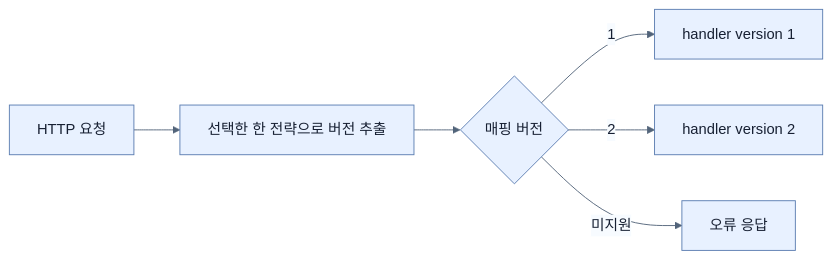
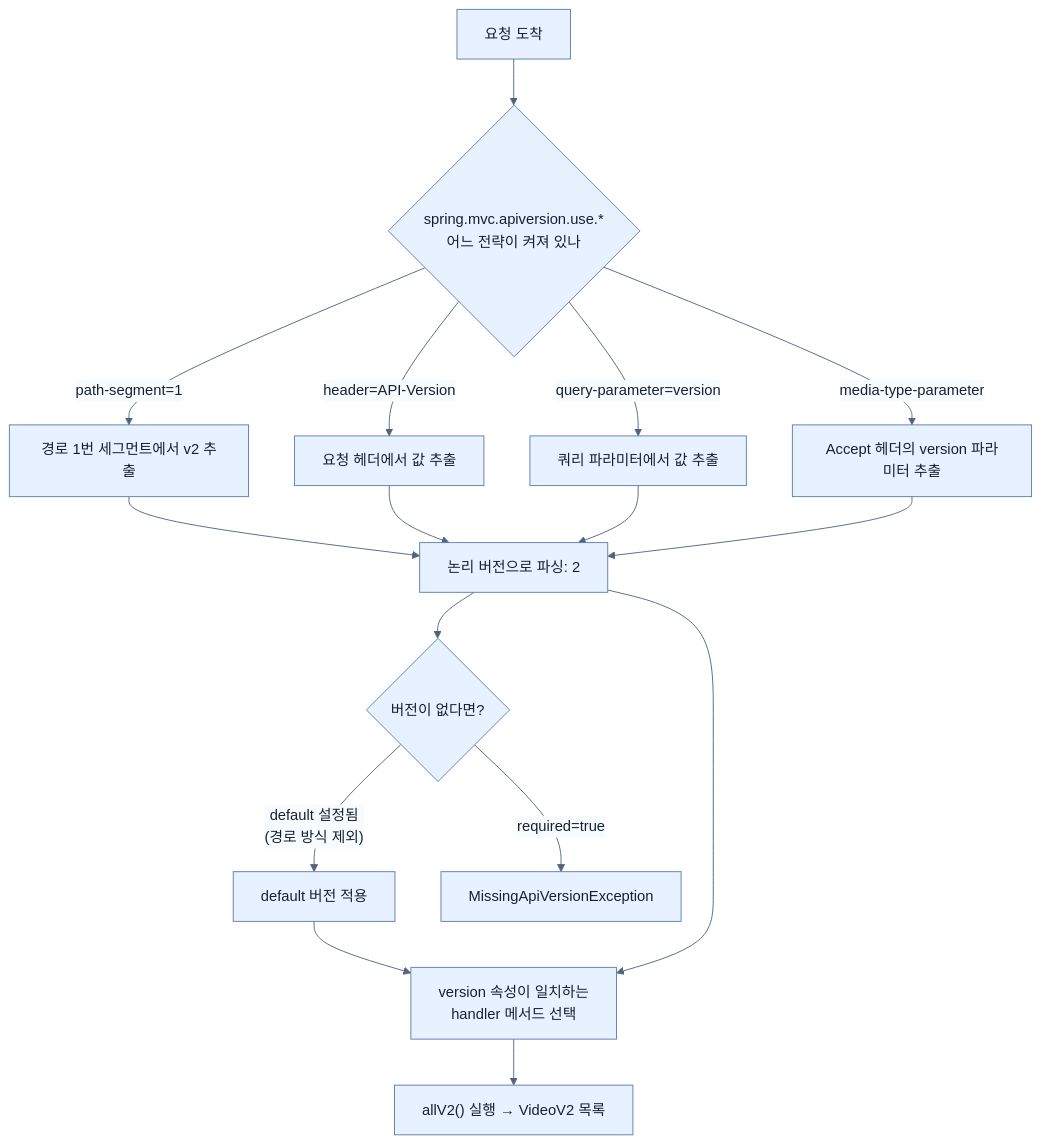
Before and after one commit to sing-u8/Learning_Spring_Boot_4: the diagram in spring-boot-4-pdf-notes/part-2-creating-an-application-with-spring-boot/chapter-2-creating-web-and-api-applications-with-spring-boot/08-versioning-apis-with-spring-boot-4.md, drawn with Mermaid. The commit also changed other lines of this file and 253 other files, not shown here.

````diff
--- a/spring-boot-4-pdf-notes/part-2-creating-an-application-with-spring-boot/chapter-2-creating-web-and-api-applications-with-spring-boot/08-versioning-apis-with-spring-boot-4.md
+++ b/spring-boot-4-pdf-notes/part-2-creating-an-application-with-spring-boot/chapter-2-creating-web-and-api-applications-with-spring-boot/08-versioning-apis-with-spring-boot-4.md
@@ -33,9 +231,19 @@
 ```mermaid
 %%{init: {'theme': 'base', 'themeVariables': {'background': '#ffffff', 'primaryColor': '#e8f1ff', 'primaryTextColor': '#172033', 'primaryBorderColor': '#5b7db1', 'lineColor': '#52647a', 'secondaryColor': '#f7fbff', 'tertiaryColor': '#fff7df'}}}%%
-flowchart LR
-    R[HTTP 요청] --> X[선택한 한 전략으로 버전 추출]
-    X --> M{매핑 버전}
-    M -- 1 --> V1[handler version 1]
-    M -- 2 --> V2[handler version 2]
-    M -- 미지원 --> E[오류 응답]
+flowchart TD
+    R["요청 도착"] --> P{"spring.mvc.apiversion.use.*<br/>어느 전략이 켜져 있나"}
+    P -- "path-segment=1" --> A["경로 1번 세그먼트에서 v2 추출"]
+    P -- "header=API-Version" --> B["요청 헤더에서 값 추출"]
+    P -- "query-parameter=version" --> C["쿼리 파라미터에서 값 추출"]
+    P -- "media-type-parameter" --> D["Accept 헤더의 version 파라미터 추출"]
+    A --> N["논리 버전으로 파싱: 2"]
+    B --> N
+    C --> N
+    D --> N
+    N --> V{"버전이 없다면?"}
+    V -- "default 설정됨<br/>(경로 방식 제외)" --> N2["default 버전 적용"]
+    V -- "required=true" --> X["MissingApiVersionException"]
+    N2 --> H
+    N --> H["version 속성이 일치하는<br/>handler 메서드 선택"]
+    H --> O["allV2() 실행 → VideoV2 목록"]
 ```
````
